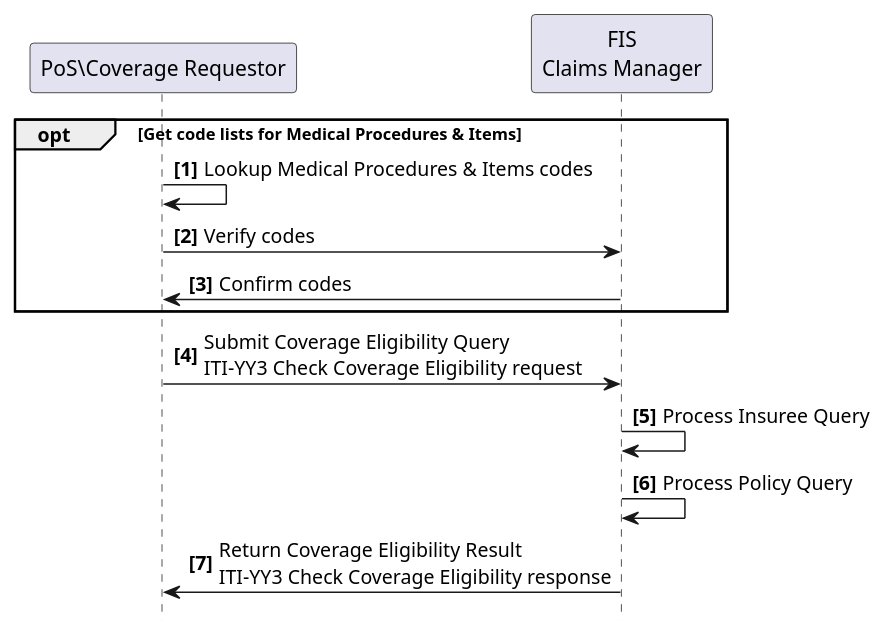
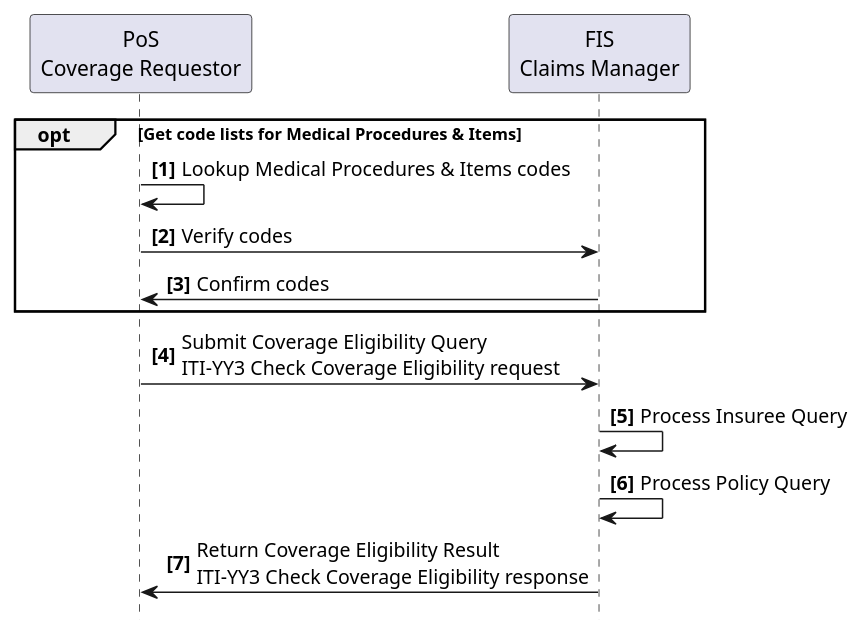
The diagram in input/images-source/usecase2-processflow.plantuml (IHE/ITI.Finance), drawn with PlantUML before and after one commit. The commit also changed 3 other files, not shown here.

```diff
--- a/input/images-source/usecase2-processflow.plantuml
+++ b/input/images-source/usecase2-processflow.plantuml
@@ -1,21 +1,21 @@
 @startuml
 skinparam svgDimensionStyle false
 hide footbox
 autonumber "<b>[0]"
 
-participant "PoS\Coverage Requestor" as App
+participant "PoS\nCoverage Requestor" as App
 participant "FIS\nClaims Manager" as FIS
 
 
 opt Get code lists for Medical Procedures & Items
 	App -> App: Lookup Medical Procedures & Items codes
 	App -> FIS: Verify codes
 	FIS -> App: Confirm codes
 end opt
 
 App -> FIS: Submit Coverage Eligibility Query\nITI-YY3 Check Coverage Eligibility request
 FIS -> FIS: Process Insuree Query
 FIS -> FIS: Process Policy Query
 FIS -> App: Return Coverage Eligibility Result\nITI-YY3 Check Coverage Eligibility response
 
 @enduml
```
